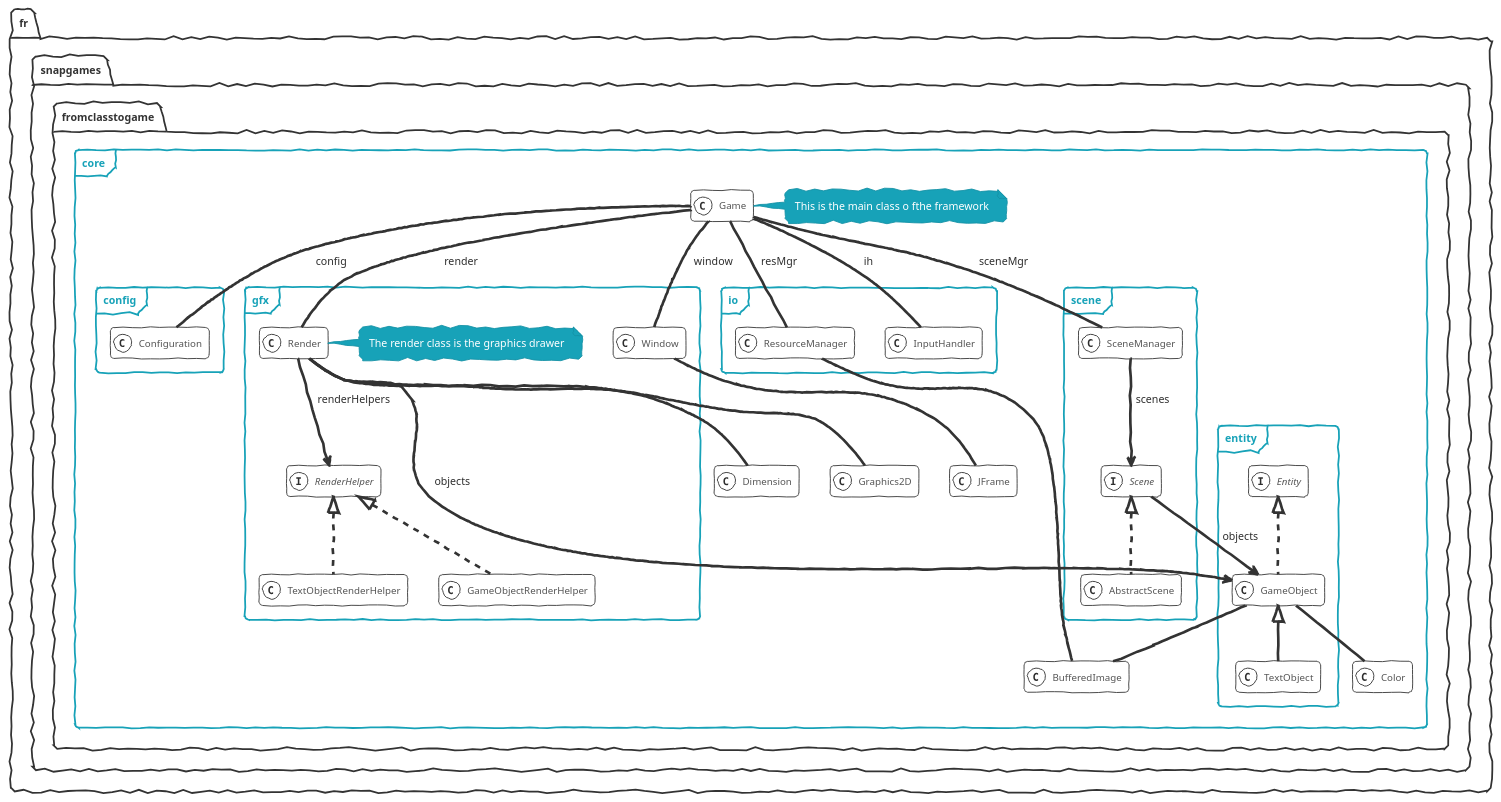
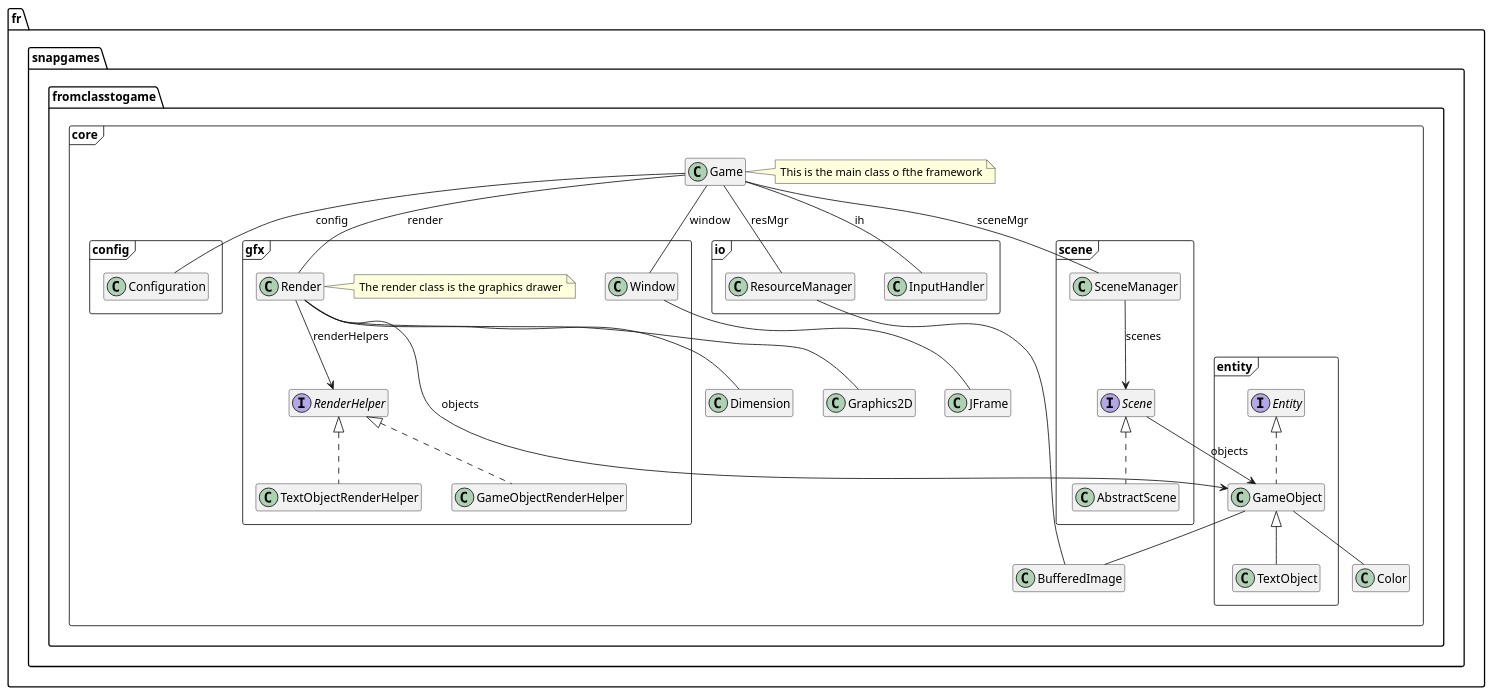
One commit to mcgivrer/fromClassToGame changed the first of 2 diagrams in docs/chapters/100-architecture.md. Above: the diagram before and after it, drawn with PlantUML. The commit also changed other lines of this file and 2 other files, not shown here.

````diff
--- a/docs/chapters/100-architecture.md
+++ b/docs/chapters/100-architecture.md
@@ -16,58 +12,57 @@
 ```plantuml
 @startuml "Game Internal Architecture"
 hide members
 hide methods
-!theme sketchy-outline
 
 package "fr.snapgames.fromclasstogame" {
     package "core" <<Frame>>{
 
         class Game
         note right of Game: This is the main class o fthe framework
         package "config" <<Frame>>{
             class Configuration
         }
         package "io" <<Frame>>{
             class ResourceManager
             class InputHandler
         }
         package "scene" <<Frame>>{
             interface Scene
             class AbstractScene implements Scene
             class SceneManager
         }
         package "gfx" <<Frame>>{
             class Render
             note right of Render : The render class is the graphics drawer
             interface RenderHelper
             class GameObjectRenderHelper implements RenderHelper
             class TextObjectRenderHelper implements RenderHelper
             class Window
         }
 
         package "entity" <<Frame>>{
             interface Entity
             class GameObject implements Entity
             class TextObject extends GameObject
         }
 
         Game -- Configuration:config
         Game -- ResourceManager:resMgr
         Game -- SceneManager:sceneMgr
         Game -- Render:render
         Game -- Window:window
         Game -- InputHandler:ih
         SceneManager --> Scene:scenes
         Scene --> GameObject:objects
         Render --> RenderHelper:renderHelpers
         Render --> GameObject:objects
         GameObject -- Color
         GameObject -- BufferedImage
         Render -- Dimension
         Render -- Graphics2D
         ResourceManager -- BufferedImage
         Window -- JFrame
     }
 }
 @enduml
 ```
````
